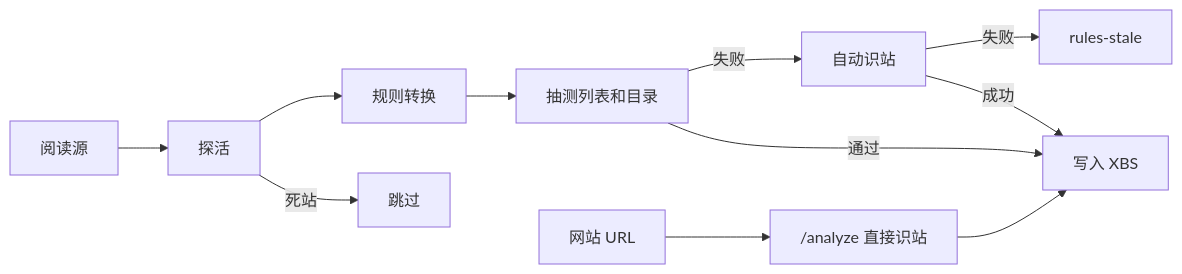
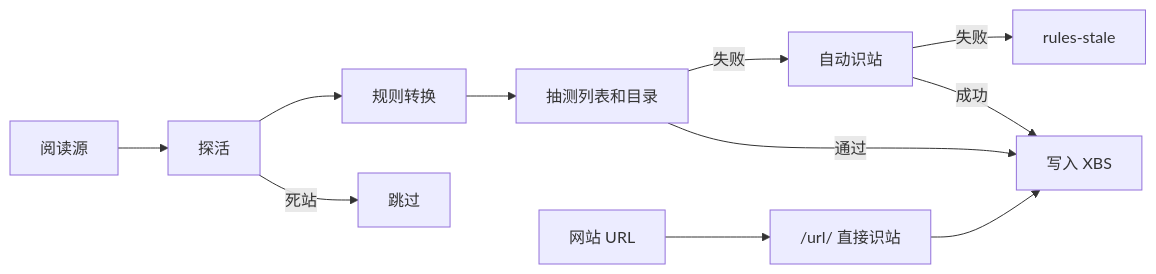
One commit to baixiaoshengofficial/read2xsgg changed the diagram in README.md. Above: the diagram before and after it, drawn with Mermaid. The commit also changed other lines of this file and 15 other files, not shown here.

First line of the commit message:
feat: dual subscribe paths with multi-type site analyze and Xiangse validation

````diff
--- a/README.md
+++ b/README.md
@@ -188,13 +195,13 @@
 ```mermaid
 flowchart LR
   legado[阅读源] --> probe[探活]
   probe -->|死站| skip1[跳过]
   probe --> convert[规则转换]
   convert --> verify[抽测列表和目录]
   verify -->|通过| xbs[写入 XBS]
   verify -->|失败| analyze[自动识站]
   analyze -->|成功| xbs
   analyze -->|失败| skip2[rules-stale]
-  siteUrl[网站 URL] --> analyzeDirect["/analyze 直接识站"]
+  siteUrl[网站 URL] --> analyzeDirect["/url/ 直接识站"]
   analyzeDirect --> xbs
 ```
````
